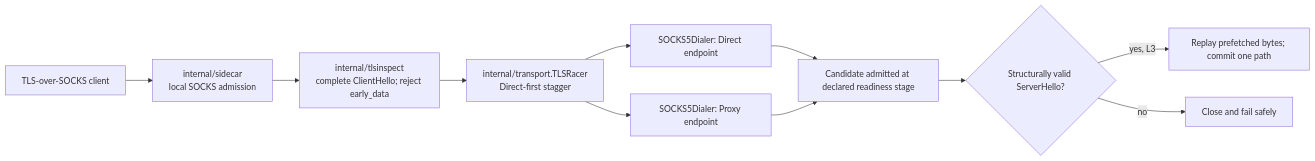
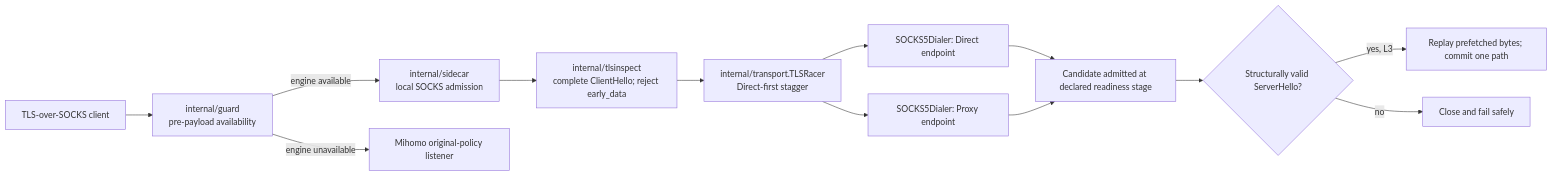
The second of 4 diagrams in docs/02-technical-design.md (firfisa/smartroute), drawn with Mermaid before and after one commit. The commit also changed other lines of this file and 22 other files, not shown here.

Commit message:
feat(runtime): add adaptive availability guard

````diff
--- a/docs/02-technical-design.md
+++ b/docs/02-technical-design.md
@@ -99,13 +108,15 @@
 ```mermaid
 flowchart LR
-    Client["TLS-over-SOCKS client"] --> Inbound["internal/sidecar\nlocal SOCKS admission"]
+    Client["TLS-over-SOCKS client"] --> Guard["internal/guard\npre-payload availability"]
+    Guard -->|"engine available"| Inbound["internal/sidecar\nlocal SOCKS admission"]
+    Guard -->|"engine unavailable"| Original["Mihomo original-policy listener"]
     Inbound --> Inspect["internal/tlsinspect\ncomplete ClientHello; reject early_data"]
     Inspect --> Racer["internal/transport.TLSRacer\nDirect-first stagger"]
     Racer --> D["SOCKS5Dialer: Direct endpoint"]
     Racer --> P["SOCKS5Dialer: Proxy endpoint"]
     D --> Candidate["Candidate admitted at declared readiness stage"]
     P --> Candidate
     Candidate --> Gate{"Structurally valid ServerHello?"}
     Gate -->|"yes, L3"| Relay["Replay prefetched bytes; commit one path"]
     Gate -->|"no"| Reject["Close and fail safely"]
 ```
````
